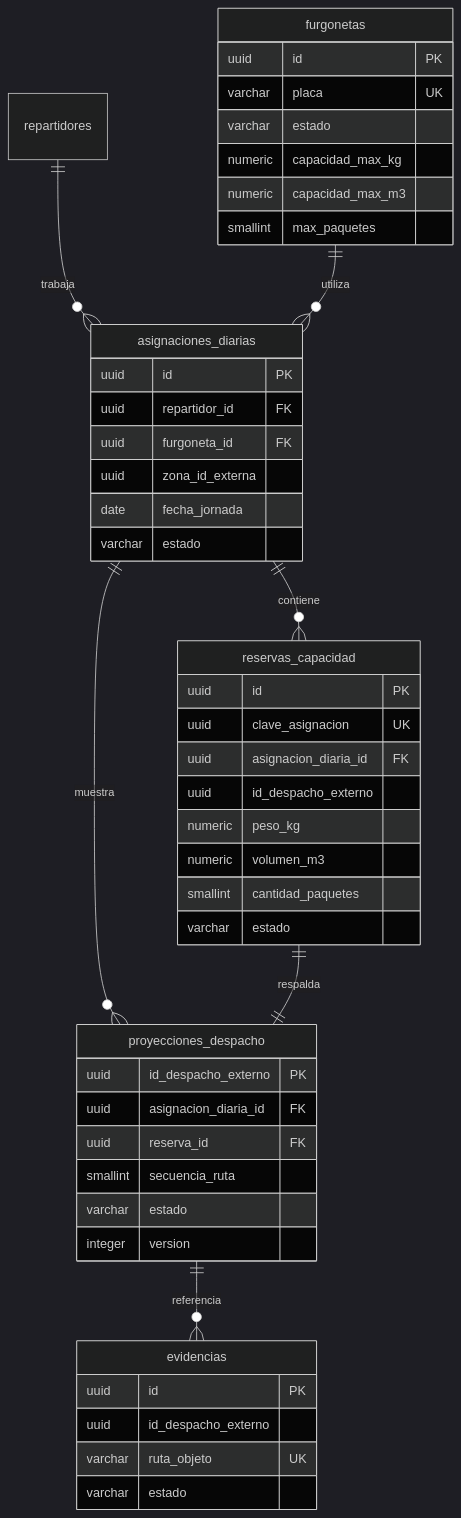
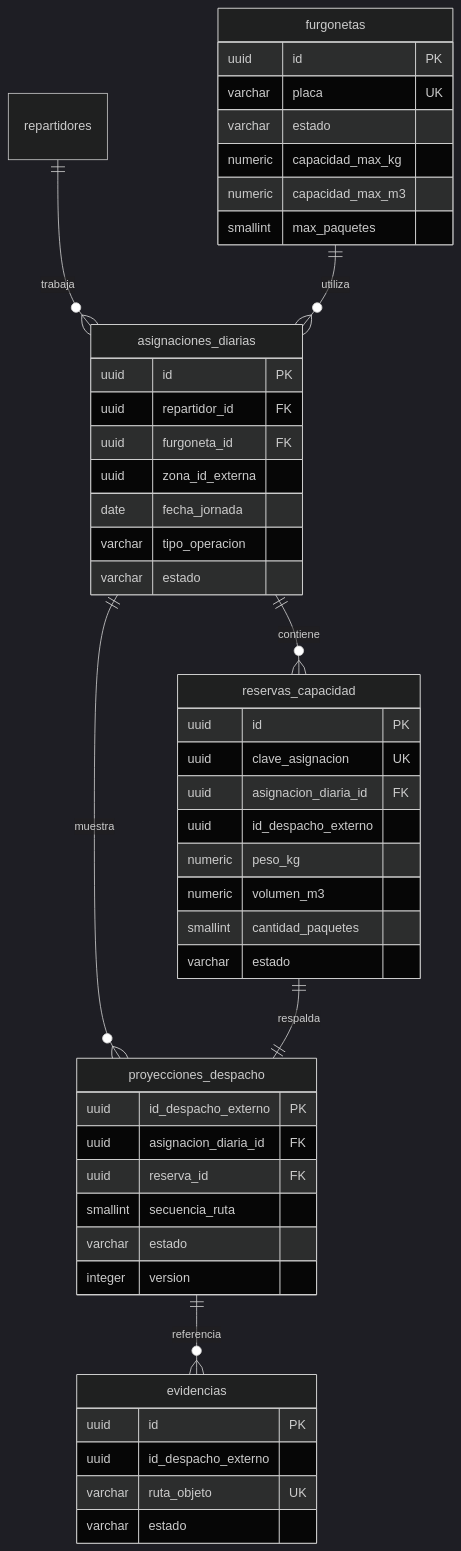
One commit to Taller-SW-Web/G2-Despacho-Specs changed the second of 2 diagrams in arquitectura/modelo-datos.md. Above: the diagram before and after it, drawn with Mermaid (dark theme). The commit also changed other lines of this file and 35 other files, not shown here.

````diff
--- a/arquitectura/modelo-datos.md
+++ b/arquitectura/modelo-datos.md
@@ -96,50 +96,51 @@
 ```mermaid
 erDiagram
     repartidores ||--o{ asignaciones_diarias : trabaja
     furgonetas ||--o{ asignaciones_diarias : utiliza
     asignaciones_diarias ||--o{ reservas_capacidad : contiene
     asignaciones_diarias ||--o{ proyecciones_despacho : muestra
     reservas_capacidad ||--|| proyecciones_despacho : respalda
     proyecciones_despacho ||--o{ evidencias : referencia
 
     furgonetas {
         uuid id PK
         varchar placa UK
         varchar estado
         numeric capacidad_max_kg
         numeric capacidad_max_m3
         smallint max_paquetes
     }
     asignaciones_diarias {
         uuid id PK
         uuid repartidor_id FK
         uuid furgoneta_id FK
         uuid zona_id_externa
         date fecha_jornada
+        varchar tipo_operacion
         varchar estado
     }
     reservas_capacidad {
         uuid id PK
         uuid clave_asignacion UK
         uuid asignacion_diaria_id FK
         uuid id_despacho_externo
         numeric peso_kg
         numeric volumen_m3
         smallint cantidad_paquetes
         varchar estado
     }
     proyecciones_despacho {
         uuid id_despacho_externo PK
         uuid asignacion_diaria_id FK
         uuid reserva_id FK
         smallint secuencia_ruta
         varchar estado
         integer version
     }
     evidencias {
         uuid id PK
         uuid id_despacho_externo
         varchar ruta_objeto UK
         varchar estado
     }
 ```
````
